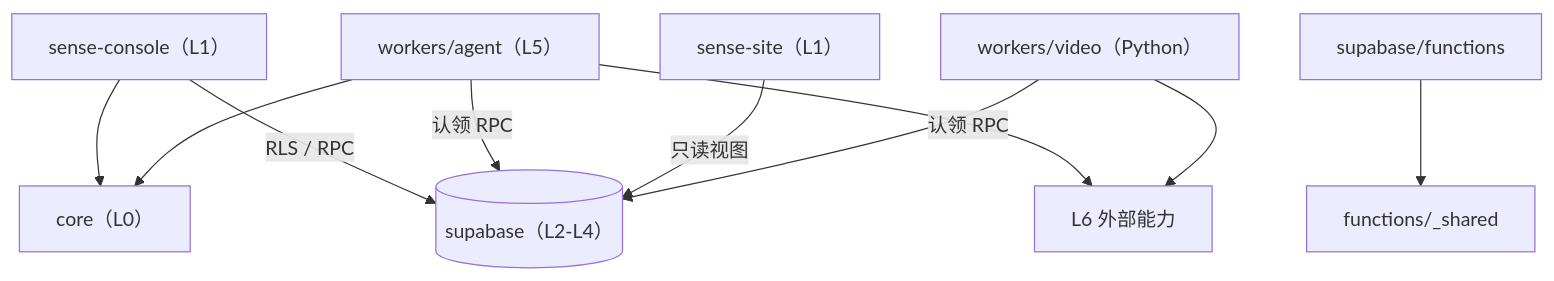
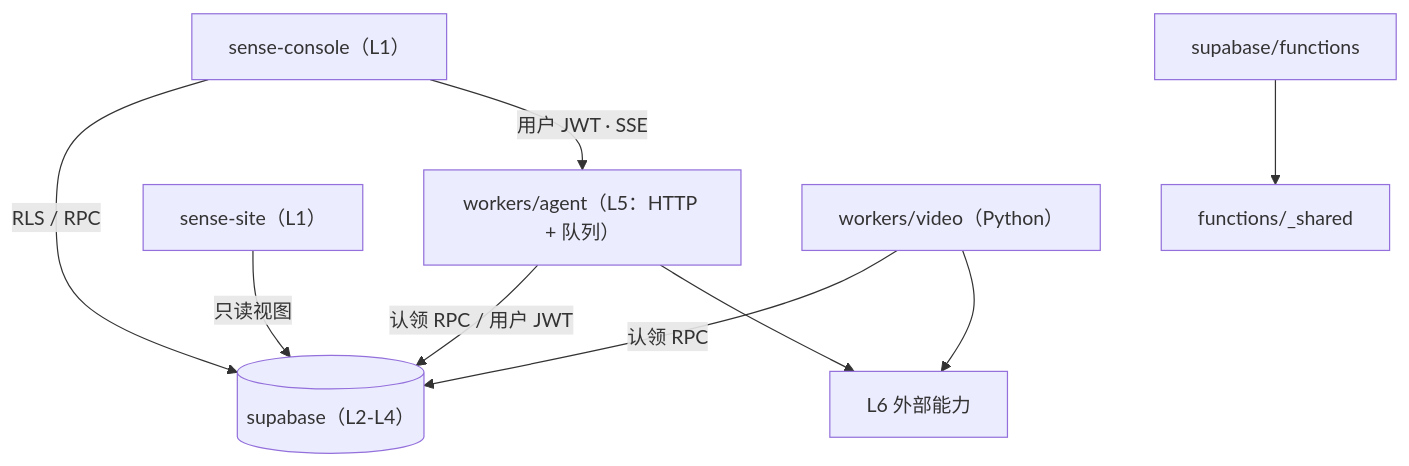
Before and after one commit to zhanglxun/signal-to-story: the diagram in docs/architecture.md, drawn with Mermaid. The commit also changed other lines of this file and 3 other files, not shown here.

Commit message:
feat(docs): update architecture and harness documentation to reflect removal of core directory and integration into workers/agent

````diff
--- a/docs/architecture.md
+++ b/docs/architecture.md
@@ -148,12 +144,11 @@
 ```mermaid
 flowchart TB
-  console["sense-console（L1）"] --> core["core（L0）"]
-  workers["workers/agent（L5）"] --> core
   console -->|"RLS / RPC"| db[("supabase（L2-L4）")]
-  workers -->|"认领 RPC"| db
+  console["sense-console（L1）"] -->|"用户 JWT · SSE"| workers["workers/agent（L5：HTTP + 队列）"]
+  workers -->|"认领 RPC / 用户 JWT"| db
   site["sense-site（L1）"] -->|"只读视图"| db
   fn["supabase/functions"] --> shared["functions/_shared"]
   video["workers/video（Python）"] -->|"认领 RPC"| db
   workers --> ext["L6 外部能力"]
   video --> ext
 ```
````
